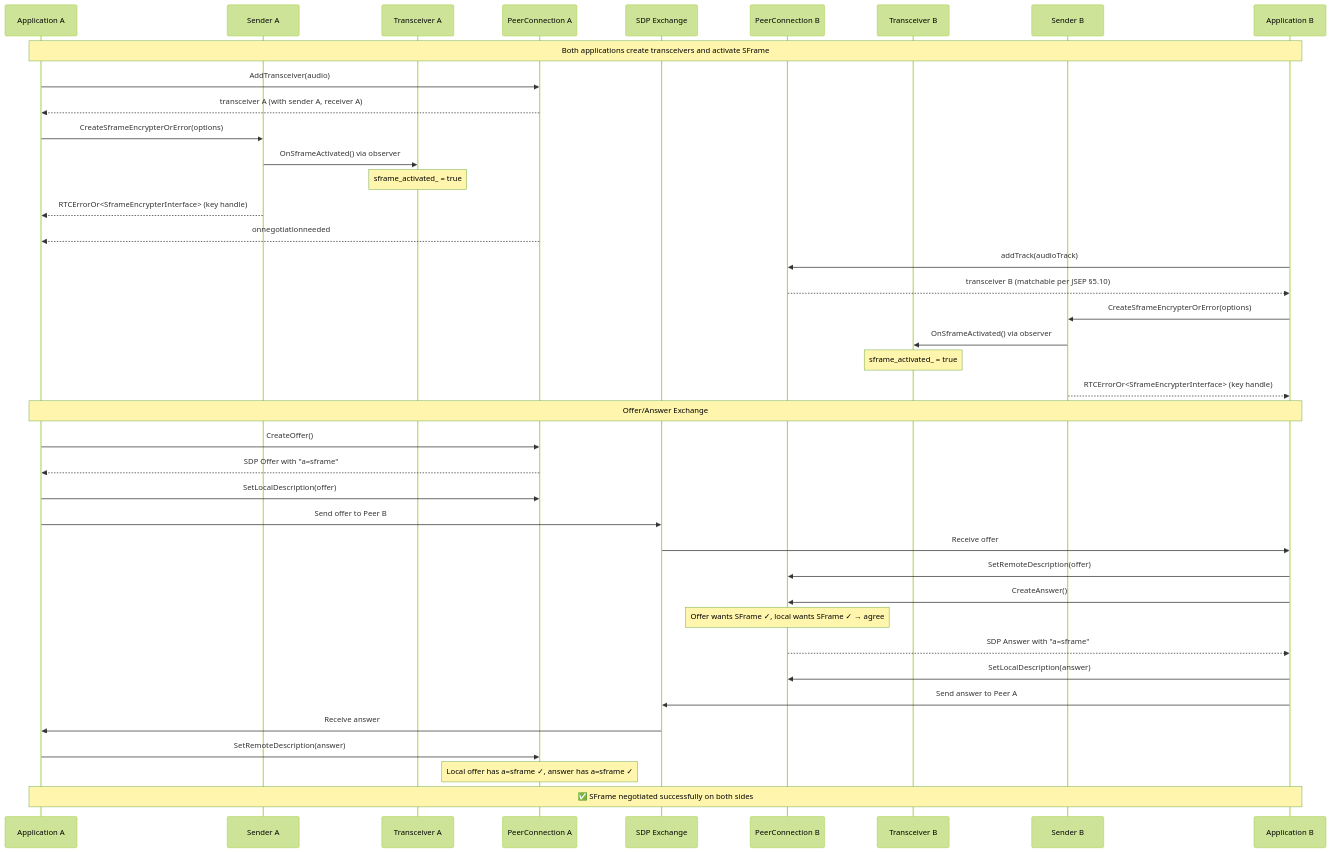
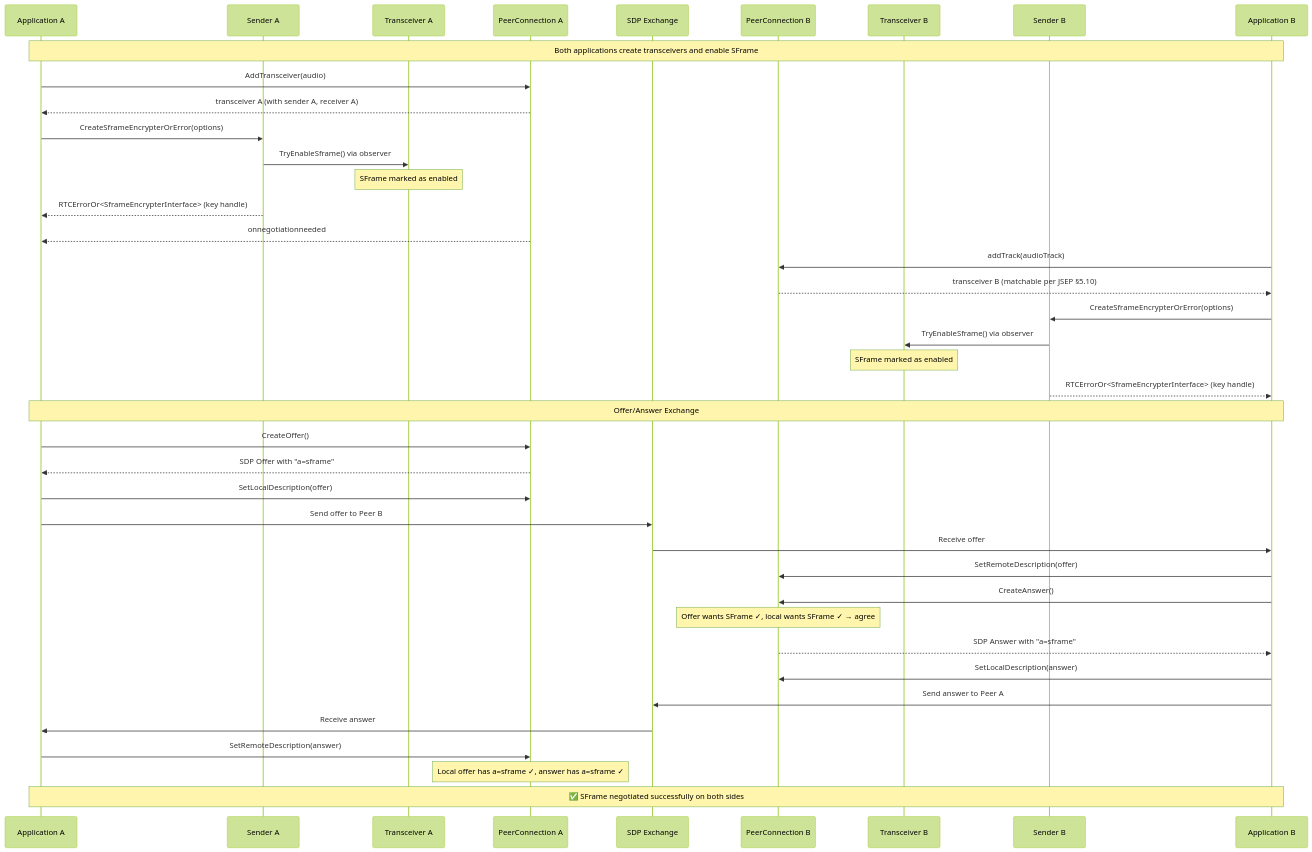
The first of 6 diagrams in negotiation.md (webex/webrtc-sframe), drawn with Mermaid (forest theme) before and after one commit. The commit also changed other lines of this file and 1 other file, not shown here.

````diff
--- a/negotiation.md
+++ b/negotiation.md
@@ -88,56 +88,56 @@
 ```mermaid
 sequenceDiagram
     participant AppA as Application A
     participant SA as Sender A
     participant TA as Transceiver A
     participant PCA as PeerConnection A
     participant SDP as SDP Exchange
     participant PCB as PeerConnection B
     participant TB as Transceiver B
     participant SB as Sender B
     participant AppB as Application B
 
-    Note over AppA,AppB: Both applications create transceivers and activate SFrame
+    Note over AppA,AppB: Both applications create transceivers and enable SFrame
 
     AppA->>PCA: AddTransceiver(audio)
     PCA-->>AppA: transceiver A (with sender A, receiver A)
 
     AppA->>SA: CreateSframeEncrypterOrError(options)
-    SA->>TA: OnSframeActivated() via observer
-    Note over TA: sframe_activated_ = true
+    SA->>TA: TryEnableSframe() via observer
+    Note over TA: SFrame marked as enabled
     SA-->>AppA: RTCErrorOr<SframeEncrypterInterface> (key handle)
 
     PCA-->>AppA: onnegotiationneeded
 
     AppB->>PCB: addTrack(audioTrack)
     PCB-->>AppB: transceiver B (matchable per JSEP §5.10)
 
     AppB->>SB: CreateSframeEncrypterOrError(options)
-    SB->>TB: OnSframeActivated() via observer
-    Note over TB: sframe_activated_ = true
+    SB->>TB: TryEnableSframe() via observer
+    Note over TB: SFrame marked as enabled
     SB-->>AppB: RTCErrorOr<SframeEncrypterInterface> (key handle)
 
     Note over AppA,AppB: Offer/Answer Exchange
 
     AppA->>PCA: CreateOffer()
     PCA-->>AppA: SDP Offer with "a=sframe"
 
     AppA->>PCA: SetLocalDescription(offer)
     AppA->>SDP: Send offer to Peer B
 
     SDP->>AppB: Receive offer
     AppB->>PCB: SetRemoteDescription(offer)
 
     AppB->>PCB: CreateAnswer()
     Note over PCB: Offer wants SFrame ✓, local wants SFrame ✓ → agree
     PCB-->>AppB: SDP Answer with "a=sframe"
 
     AppB->>PCB: SetLocalDescription(answer)
     AppB->>SDP: Send answer to Peer A
 
     SDP->>AppA: Receive answer
     AppA->>PCA: SetRemoteDescription(answer)
     Note over PCA: Local offer has a=sframe ✓, answer has a=sframe ✓
 
     Note over AppA,AppB: ✅ SFrame negotiated successfully on both sides
 ```
````
